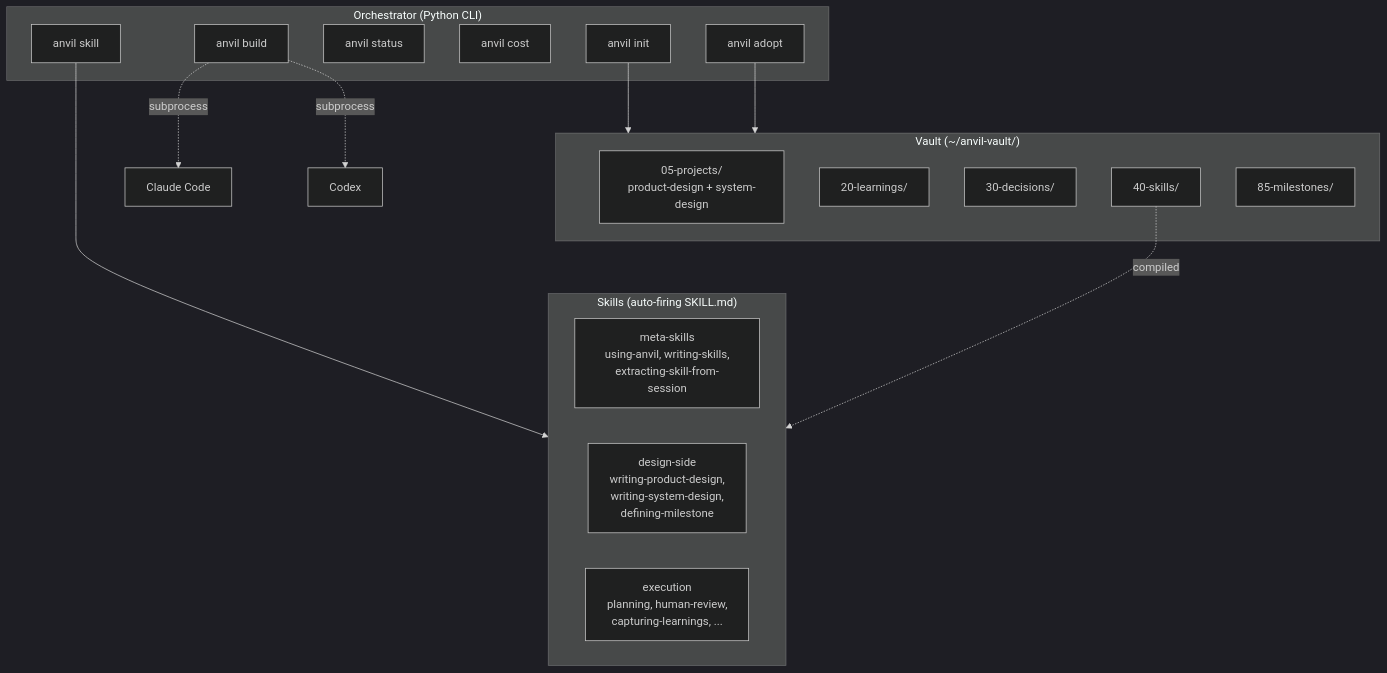
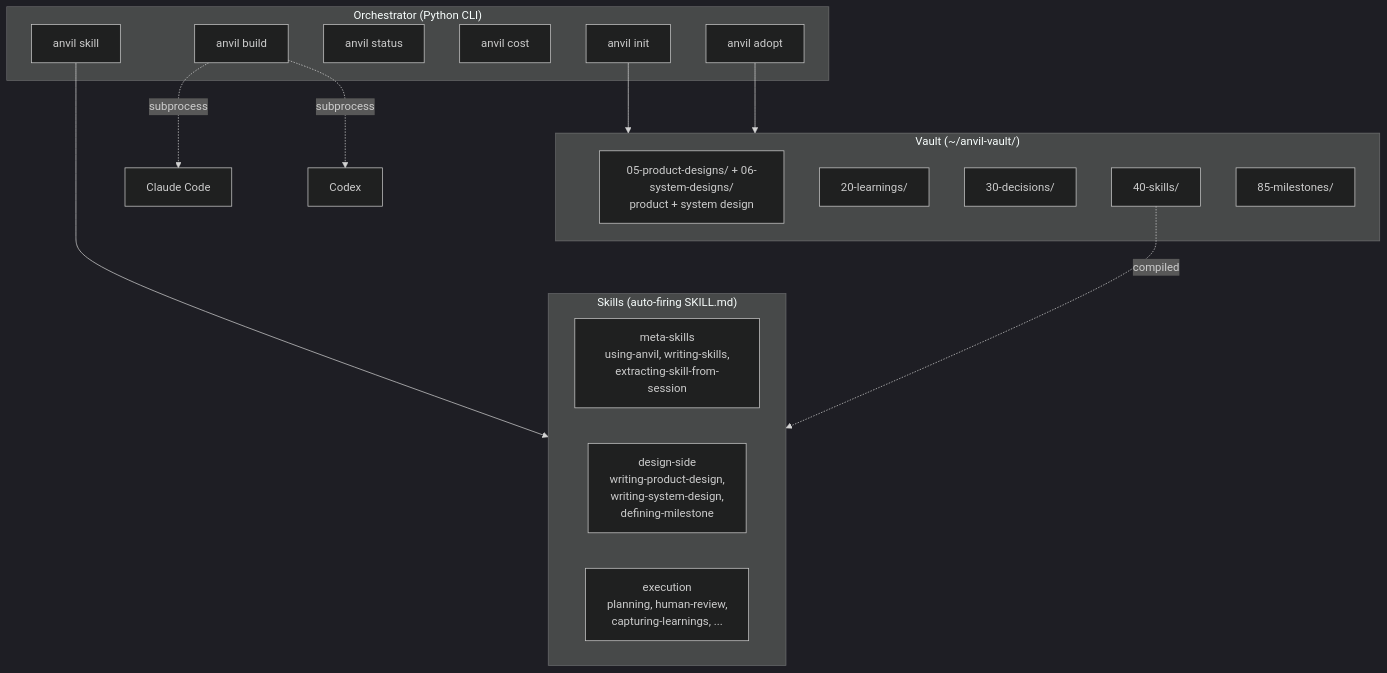
The first of 3 diagrams in docs/design.md (chonalchendo/anvil), drawn with Mermaid (dark theme) before and after one commit. The commit also changed other lines of this file and 22 other files, not shown here.

First line of the commit message:
feat(vault): give product-design and system-design their own flat type-named folders (#288)

````diff
--- a/docs/design.md
+++ b/docs/design.md
@@ -106,32 +106,32 @@
 ```mermaid
 graph TB
     subgraph Skills["Skills (auto-firing SKILL.md)"]
         Meta[meta-skills<br/>using-anvil, writing-skills,<br/>extracting-skill-from-session]
         Design[design-side<br/>writing-product-design,<br/>writing-system-design,<br/>defining-milestone]
         Exec[execution<br/>planning, human-review,<br/>capturing-learnings, ...]
     end
 
     subgraph Orchestrator["Orchestrator (Python CLI)"]
         Init[anvil init]
         Build[anvil build]
         Status[anvil status]
         Cost[anvil cost]
         SkillCmd[anvil skill]
         Adopt[anvil adopt]
     end
 
     subgraph Vault["Vault (~/anvil-vault/)"]
-        Projects[05-projects/<br/>product-design + system-design]
+        Designs[05-product-designs/ + 06-system-designs/<br/>product + system design]
         Learnings[20-learnings/]
         Decisions[30-decisions/]
         UserSkills[40-skills/]
         Milestones[85-milestones/]
     end
 
     Build -.subprocess.-> ClaudeCode[Claude Code]
     Build -.subprocess.-> Codex[Codex]
     SkillCmd --> Skills
     UserSkills -.compiled.-> Skills
     Init --> Vault
     Adopt --> Vault
 ```
````
